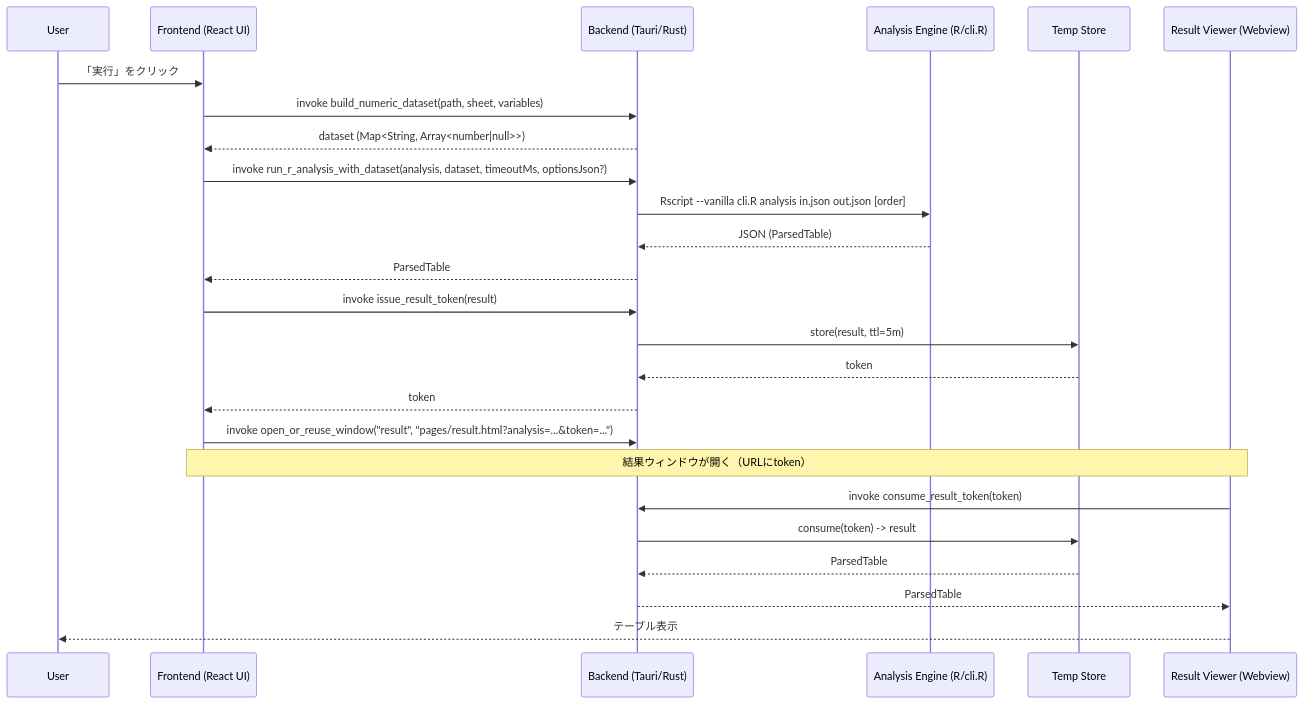
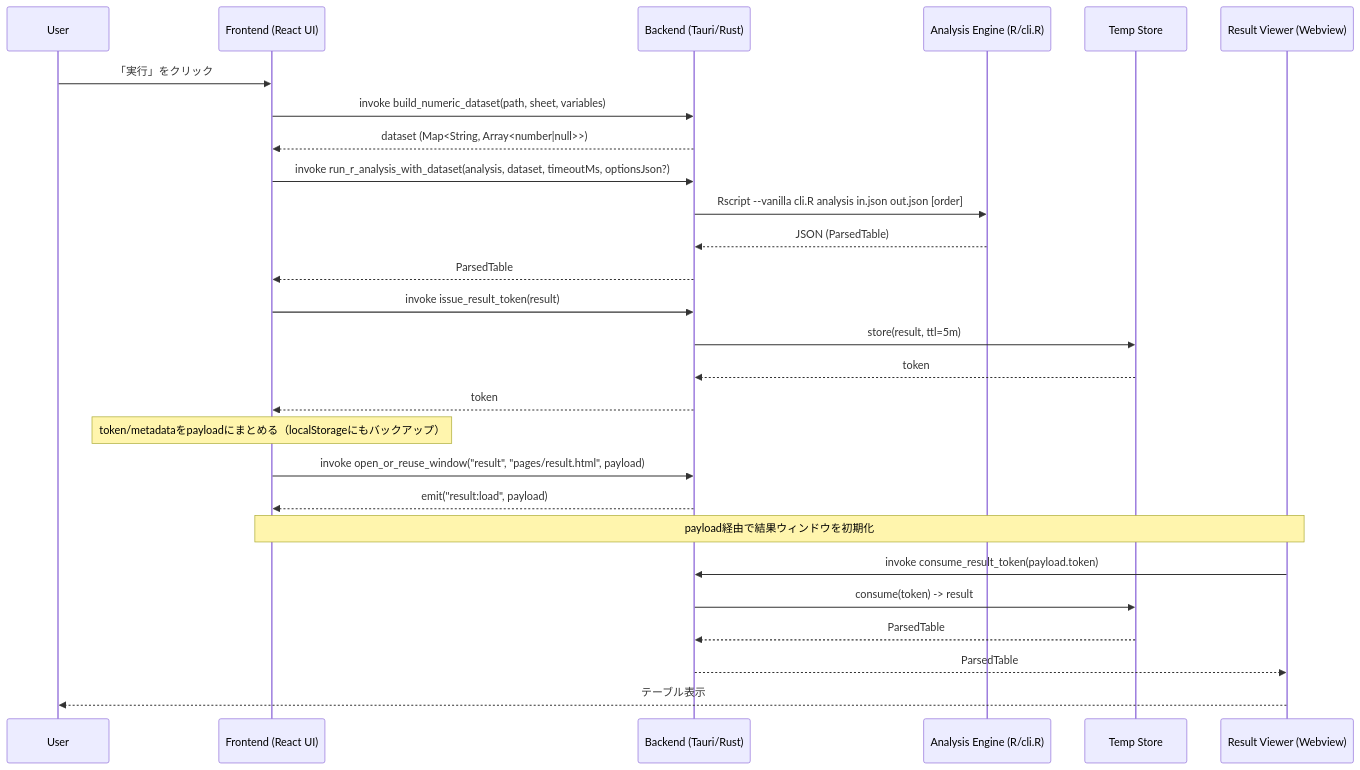
One commit to stkii/sai changed the second of 3 diagrams in docs/ARCHITECTURE.md. Above: the diagram before and after it, drawn with Mermaid. The commit also changed other lines of this file and 2 other files, not shown here.

````diff
--- a/docs/ARCHITECTURE.md
+++ b/docs/ARCHITECTURE.md
@@ -20,32 +20,35 @@
 ```mermaid
 sequenceDiagram
     participant U as User
     participant F as Frontend (React UI)
     participant T as Backend (Tauri/Rust)
     participant R as Analysis Engine (R/cli.R)
     participant S as Temp Store
     participant V as Result Viewer (Webview)
 
     U->>F: 「実行」をクリック
     F->>T: invoke build_numeric_dataset(path, sheet, variables)
     T-->>F: dataset (Map<String, Array<number|null>>)
 
     F->>T: invoke run_r_analysis_with_dataset(analysis, dataset, timeoutMs, optionsJson?)
     T->>R: Rscript --vanilla cli.R analysis in.json out.json [order]
     R-->>T: JSON (ParsedTable)
     T-->>F: ParsedTable
 
     F->>T: invoke issue_result_token(result)
     T->>S: store(result, ttl=5m)
     S-->>T: token
     T-->>F: token
 
-    F->>T: invoke open_or_reuse_window("result", "pages/result.html?analysis=...&token=...")
+    Note over F: token/metadataをpayloadにまとめる（localStorageにもバックアップ）
 
-    Note over F,V: 結果ウィンドウが開く（URLにtoken）
-    V->>T: invoke consume_result_token(token)
+    F->>T: invoke open_or_reuse_window("result", "pages/result.html", payload)
+    T-->>F: emit("result:load", payload)
+
+    Note over F,V: payload経由で結果ウィンドウを初期化
+    V->>T: invoke consume_result_token(payload.token)
     T->>S: consume(token) -> result
     S-->>T: ParsedTable
     T-->>V: ParsedTable
     V-->>U: テーブル表示
 ```
````
